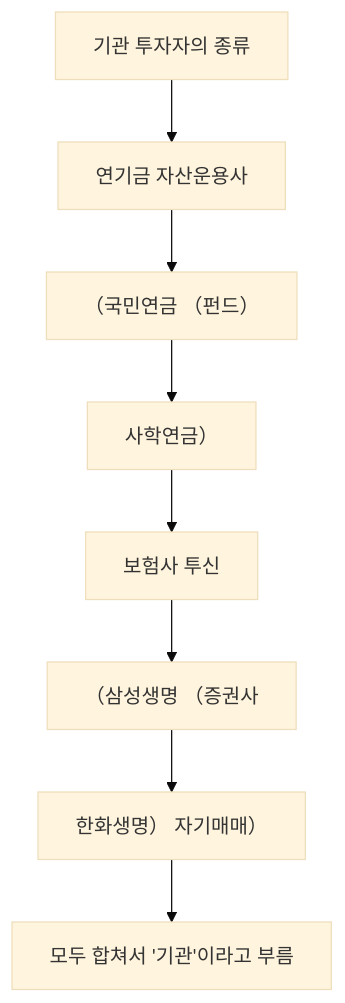
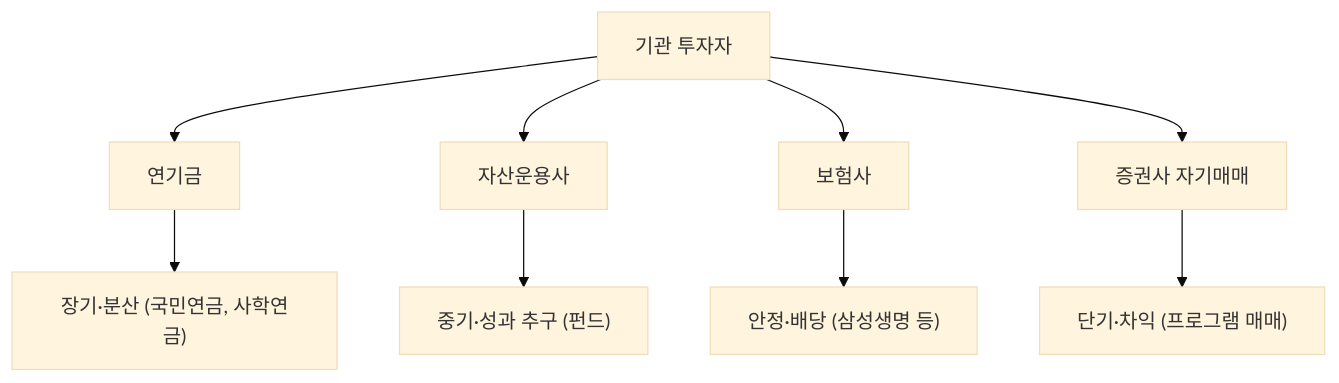
The diagram in content/stock-terms/ko/level-02-market-trading/institutional-net-buying.md (yeongseon/stock-visual-note), drawn with Mermaid (base theme) before and after one commit. The commit also changed other lines of this file and 96 other files, not shown here.

Commit message:
Rewrite all 98 remaining articles: branching Mermaid diagrams, natural search_intent, compelling seo_titles, clean descriptions

````diff
--- a/content/stock-terms/ko/level-02-market-trading/institutional-net-buying.md
+++ b/content/stock-terms/ko/level-02-market-trading/institutional-net-buying.md
@@ -53,18 +53,12 @@
 ```mermaid
 graph TD
-    A0["기관 투자자의 종류"]
-    A1["연기금 자산운용사"]
-    A2["（국민연금 （펀드）"]
-    A3["사학연금）"]
-    A4["보험사 투신"]
-    A5["（삼성생명 （증권사"]
-    A6["한화생명） 자기매매）"]
-    A7["모두 합쳐서 '기관'이라고 부름"]
-    A0 --> A1
-    A1 --> A2
-    A2 --> A3
-    A3 --> A4
-    A4 --> A5
-    A5 --> A6
-    A6 --> A7
+    A["기관 투자자"]
+    A --> B["연기금"]
+    A --> C["자산운용사"]
+    A --> D["보험사"]
+    A --> E["증권사 자기매매"]
+    B --> F["장기·분산 (국민연금, 사학연금)"]
+    C --> G["중기·성과 추구 (펀드)"]
+    D --> H["안정·배당 (삼성생명 등)"]
+    E --> I["단기·차익 (프로그램 매매)"]
 ```
````
